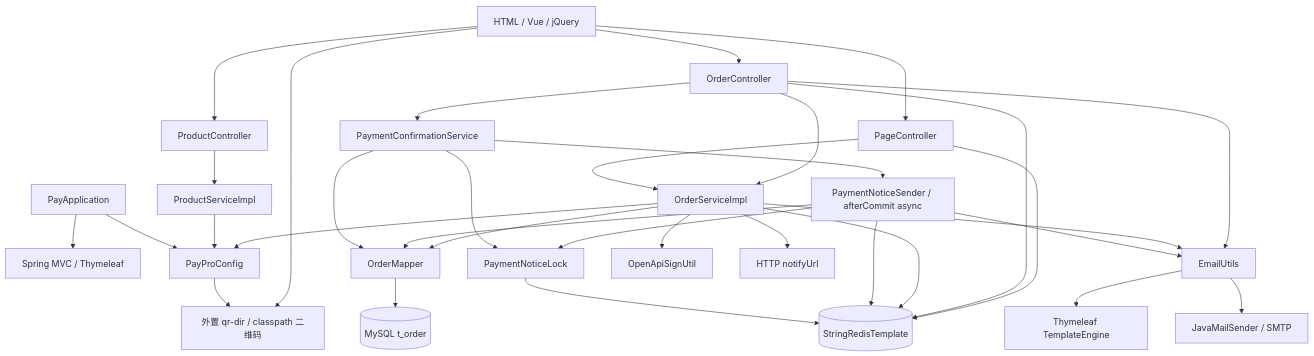
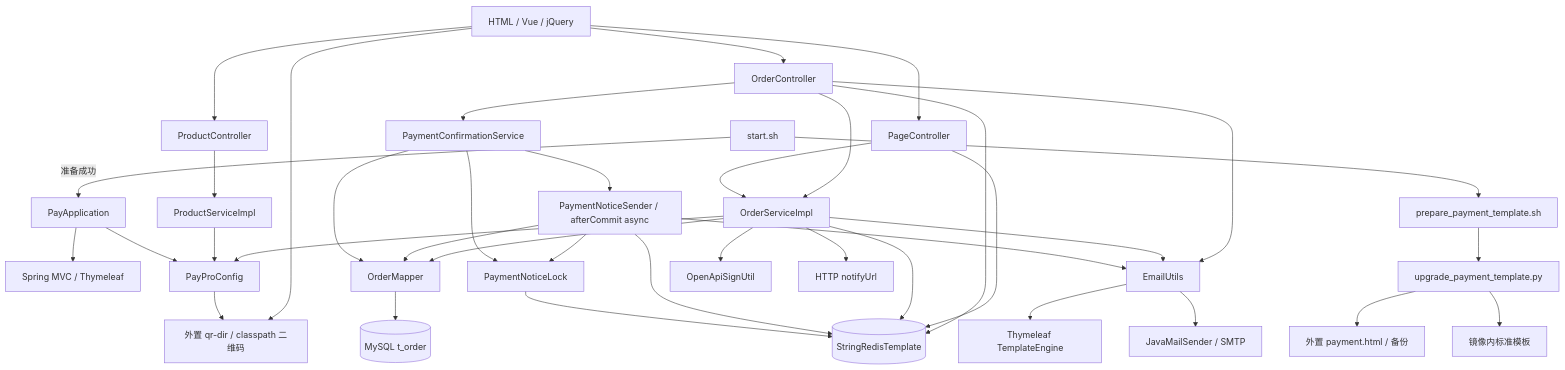
One commit to ma906584241/PayPro changed the diagram in docs/codegraph.md. Above: the diagram before and after it, drawn with Mermaid. The commit also changed other lines of this file and 28 other files, not shown here.

````diff
--- a/docs/codegraph.md
+++ b/docs/codegraph.md
@@ -17,35 +17,40 @@
 ```mermaid
 flowchart TB
     App[PayApplication] --> MVC[Spring MVC / Thymeleaf]
+    Startup[start.sh] --> Prepare[prepare_payment_template.sh]
+    Prepare --> Upgrade[upgrade_payment_template.py]
+    Upgrade --> Overlay[外置 payment.html / 备份]
+    Upgrade --> Canonical[镜像内标准模板]
+    Startup -->|准备成功| App
     App --> Config[PayProConfig]
     Front[HTML / Vue / jQuery] --> Page[PageController]
     Front --> OC[OrderController]
     Front --> PC[ProductController]
     Page --> OS[OrderServiceImpl]
     OC --> OS
     OC --> Confirm[PaymentConfirmationService]
     Confirm --> OM
     Confirm --> Lock[PaymentNoticeLock]
     Lock --> Redis
     Confirm --> Sender[PaymentNoticeSender / afterCommit async]
     Sender --> OM
     Sender --> Lock
     Sender --> Redis
     Sender --> Mail
     PC --> PS[ProductServiceImpl]
     PS --> Config
     OS --> Config
     OS --> OM[OrderMapper]
     OM --> DB[(MySQL t_order)]
     OS --> Redis[(StringRedisTemplate)]
     OC --> Redis
     Page --> Redis
     OS --> Sign[OpenApiSignUtil]
     OS --> Mail[EmailUtils]
     OC --> Mail
     Mail --> Template[Thymeleaf TemplateEngine]
     Mail --> SMTP[JavaMailSender / SMTP]
     OS --> Callback[HTTP notifyUrl]
     Config --> QR[外置 qr-dir / classpath 二维码]
     Front --> QR
 ```
````
